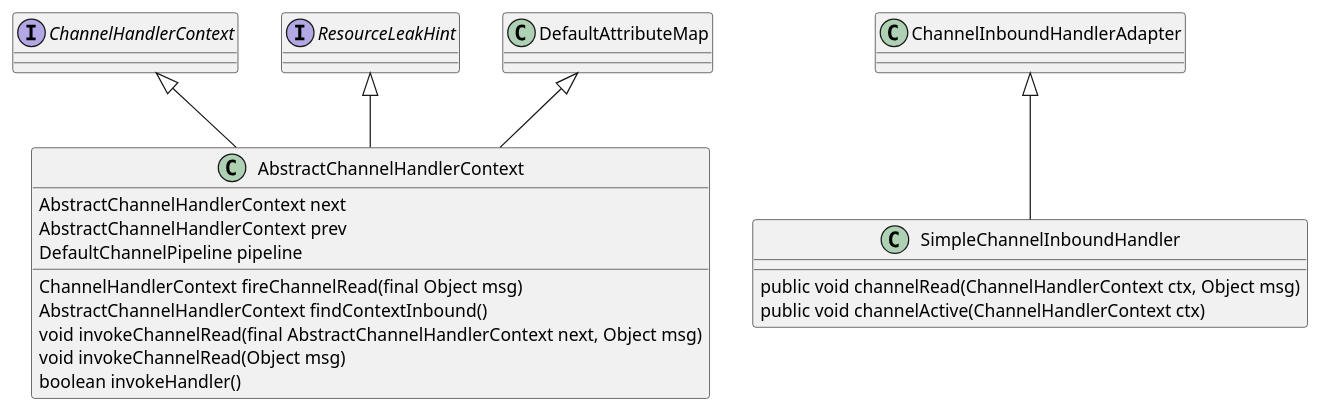
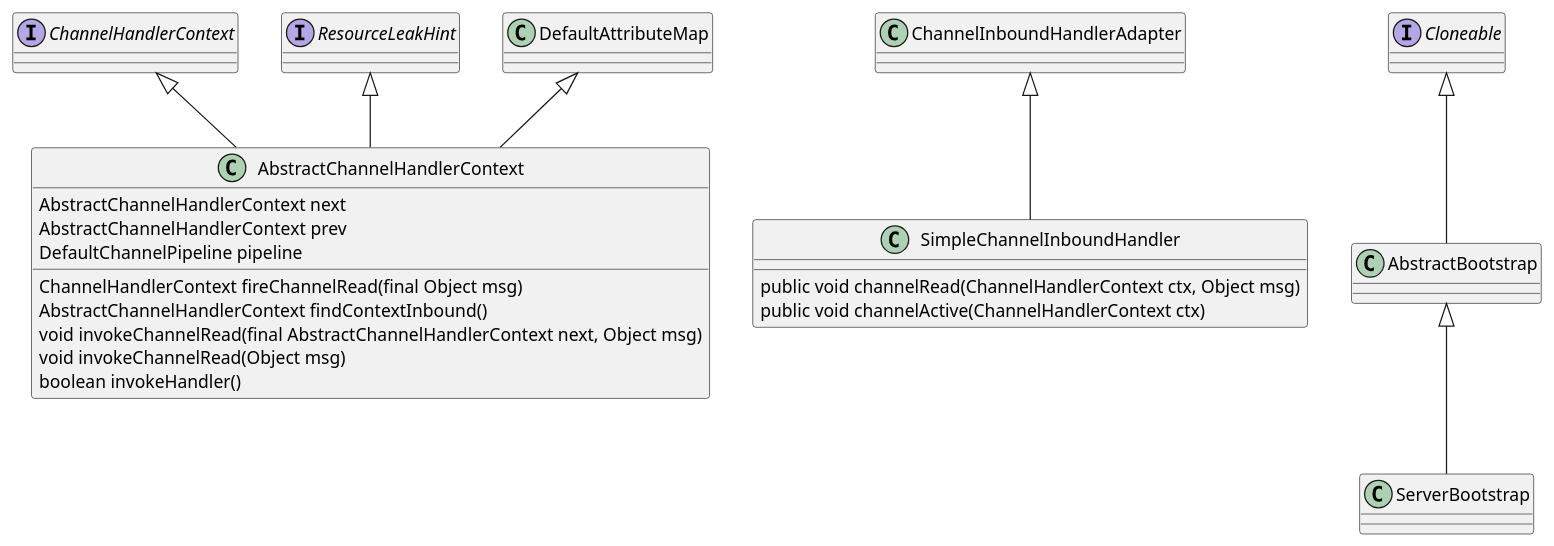
The diagram in content/post/archive-1/2013-11-17-netty.md (wiloon/blog), drawn with PlantUML before and after one commit. The commit also changed 8 other files, not shown here.

````diff
--- a/content/post/archive-1/2013-11-17-netty.md
+++ b/content/post/archive-1/2013-11-17-netty.md
@@ -27,26 +27,32 @@
 ```puml
 @startuml
 interface ChannelHandlerContext
 interface ResourceLeakHint
 class AbstractChannelHandlerContext {
   AbstractChannelHandlerContext next
   AbstractChannelHandlerContext prev
   DefaultChannelPipeline pipeline
   ChannelHandlerContext fireChannelRead(final Object msg)
   AbstractChannelHandlerContext findContextInbound()
   void invokeChannelRead(final AbstractChannelHandlerContext next, Object msg)
   void invokeChannelRead(Object msg)
   boolean invokeHandler()
 }
 DefaultAttributeMap<|--AbstractChannelHandlerContext
 ChannelHandlerContext<|--AbstractChannelHandlerContext
 ResourceLeakHint<|--AbstractChannelHandlerContext
 
 class SimpleChannelInboundHandler {
   public void channelRead(ChannelHandlerContext ctx, Object msg)
   public void channelActive(ChannelHandlerContext ctx)
 }
 ChannelInboundHandlerAdapter<|--SimpleChannelInboundHandler
+
+class ServerBootstrap
+class AbstractBootstrap
+interface Cloneable
+Cloneable<|--AbstractBootstrap
+AbstractBootstrap<|--ServerBootstrap
 @enduml
 
 ```
````
